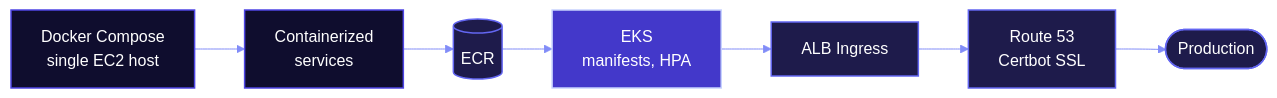
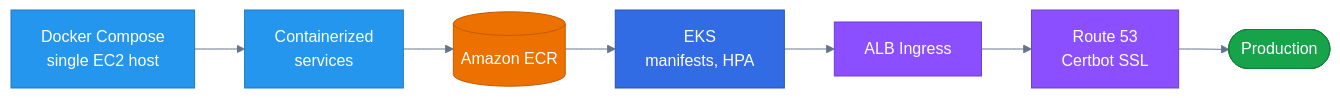
The fourth of 6 diagrams in README.md (Rohit-1920/Rohit-1920), drawn with Mermaid before and after one commit. The commit also changed other lines of this file, not shown here.

````diff
--- a/README.md
+++ b/README.md
@@ -222,16 +189,16 @@
 ```mermaid
-%%{init: {'theme':'base','themeVariables':{'fontFamily':'Inter, ui-sans-serif, system-ui, sans-serif','lineColor':'#818CF8','textColor':'#E2E8F0','edgeLabelBackground':'#1E1B4B','primaryTextColor':'#FFFFFF'}}}%%
+%%{init: {'theme':'base','themeVariables':{'fontFamily':'Inter, ui-sans-serif, system-ui, sans-serif','lineColor':'#64748B','primaryTextColor':'#0F172A'}}}%%
 flowchart LR
-  DC["Docker Compose<br/>single EC2 host"] --> SV["Containerized<br/>services"] --> ECR[("ECR")] --> EKS["EKS<br/>manifests, HPA"] --> ALB["ALB Ingress"] --> R53["Route 53<br/>Certbot SSL"] --> PROD(["Production"])
-classDef aws fill:#1E1B4B,stroke:#6366F1,color:#FFF,stroke-width:1.5px
-classDef k8s fill:#4338CA,stroke:#C7D2FE,color:#FFF,stroke-width:1.5px
-classDef ci fill:#1E1B4B,stroke:#6366F1,color:#FFF,stroke-width:1.5px
-classDef iac fill:#1E1B4B,stroke:#6366F1,color:#FFF,stroke-width:1.5px
-classDef obs fill:#1E1B4B,stroke:#6366F1,color:#FFF,stroke-width:1.5px
-classDef sec fill:#1E1B4B,stroke:#6366F1,color:#FFF,stroke-width:1.5px
-classDef neu fill:#0F0D2E,stroke:#4F46E5,color:#FFF,stroke-width:1.5px
-class DC,SV neu
-class ECR,ALB,R53 aws
-class EKS k8s
-class PROD iac
+  DC["Docker Compose<br/>single EC2 host"] --> SV["Containerized<br/>services"] --> ECR[("Amazon ECR")] --> EKS["EKS<br/>manifests, HPA"] --> ALB["ALB Ingress"] --> R53["Route 53<br/>Certbot SSL"] --> PROD(["Production"])
+
+  classDef docker fill:#2496ED,stroke:#1D7BC4,color:#FFFFFF
+  classDef aws fill:#ED7100,stroke:#C25C00,color:#FFFFFF
+  classDef net fill:#8C4FFF,stroke:#6F3FCC,color:#FFFFFF
+  classDef k8s fill:#326CE5,stroke:#2653B3,color:#FFFFFF
+  classDef done fill:#16A34A,stroke:#128038,color:#FFFFFF
+  class DC,SV docker
+  class ECR aws
+  class ALB,R53 net
+  class EKS k8s
+  class PROD done
 ```
````
